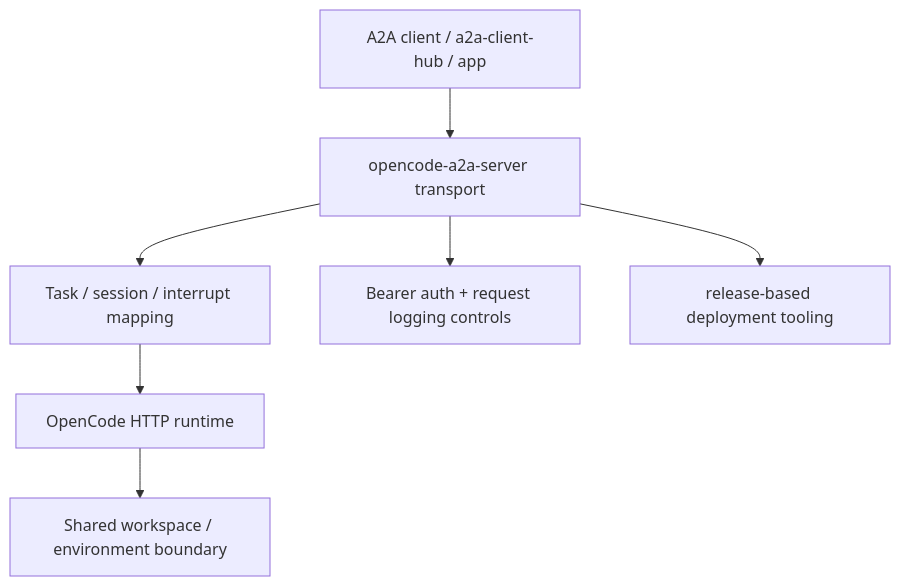
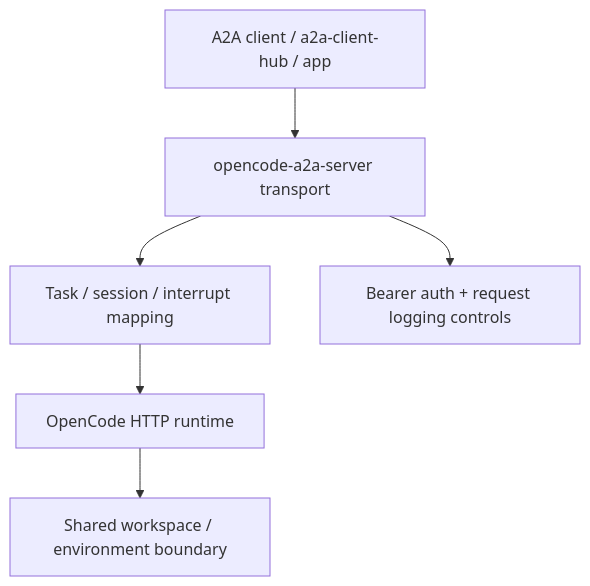
The diagram in README.md (Intelligent-Internet/opencode-a2a), drawn with Mermaid before and after one commit. The commit also changed other lines of this file and 40 other files, not shown here.

````diff
--- a/README.md
+++ b/README.md
@@ -73,10 +76,9 @@
 ```mermaid
 flowchart TD
     Hub["A2A client / a2a-client-hub / app"] --> Api["opencode-a2a-server transport"]
     Api --> Mapping["Task / session / interrupt mapping"]
     Mapping --> Runtime["OpenCode HTTP runtime"]
 
     Api --> Auth["Bearer auth + request logging controls"]
-    Api --> Deploy["release-based deployment tooling"]
     Runtime --> Workspace["Shared workspace / environment boundary"]
 ```
````
